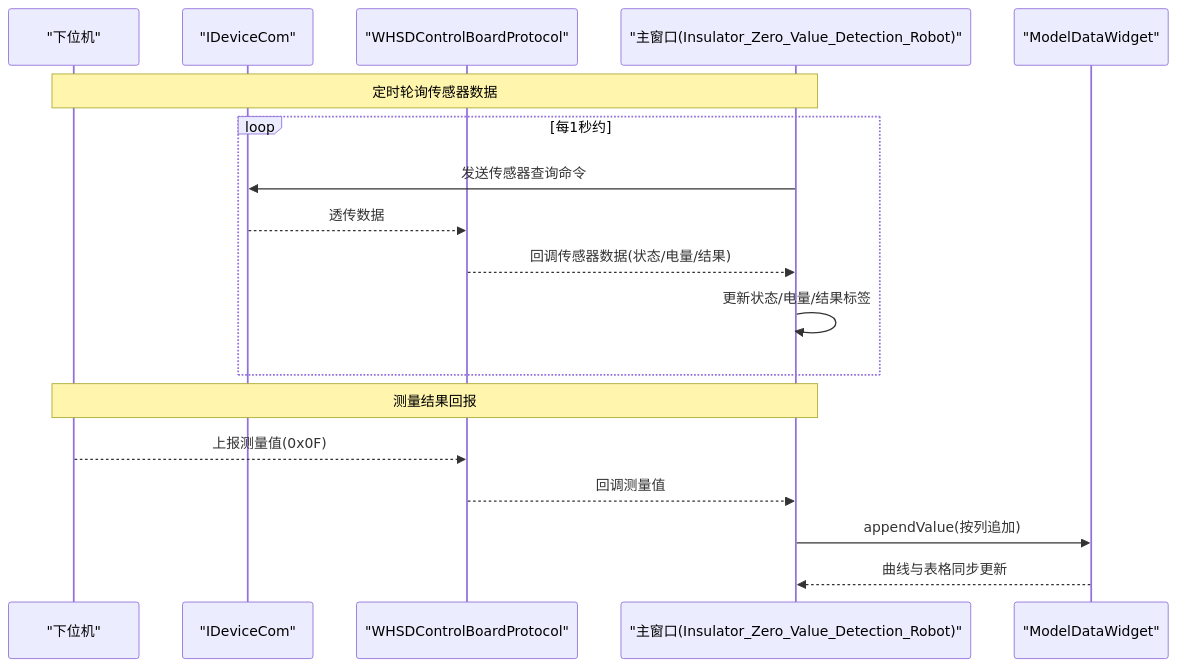
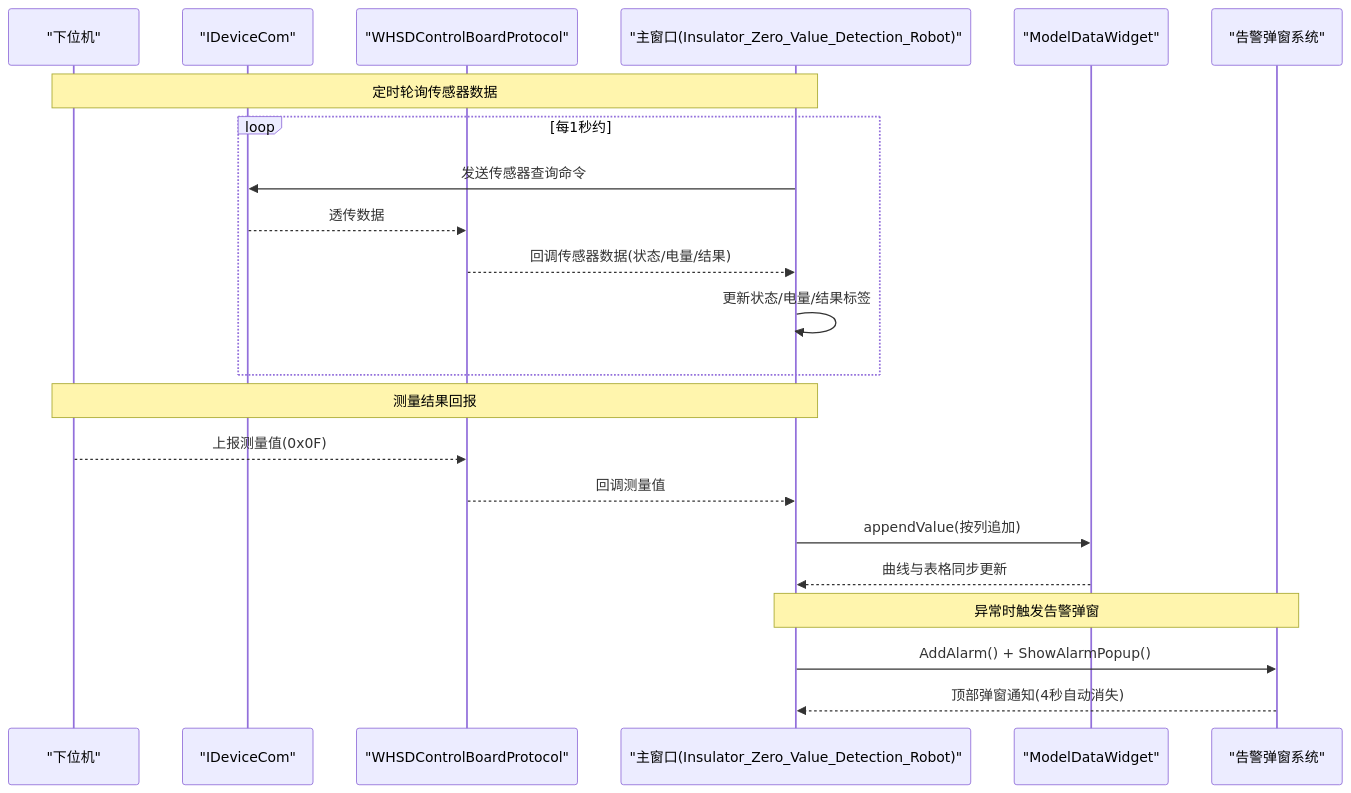
The second of 6 diagrams in .qoder/repowiki/zh/content/用户手册/实时监控面板/实时监控面板.md (yangreest/Zero-value-Insulator-Robot-V2), drawn with Mermaid before and after one commit. The commit also changed other lines of this file and 22 other files, not shown here.

````diff
--- a/.qoder/repowiki/zh/content/用户手册/实时监控面板/实时监控面板.md
+++ b/.qoder/repowiki/zh/content/用户手册/实时监控面板/实时监控面板.md
@@ -83,20 +84,24 @@
 ```mermaid
 sequenceDiagram
 participant Dev as "下位机"
 participant Com as "IDeviceCom"
 participant Proto as "WHSDControlBoardProtocol"
 participant UI as "主窗口(Insulator_Zero_Value_Detection_Robot)"
 participant Chart as "ModelDataWidget"
+participant Alarm as "告警弹窗系统"
 Note over UI,Dev : 定时轮询传感器数据
 loop 每1秒约
 UI->>Com : 发送传感器查询命令
 Com-->>Proto : 透传数据
 Proto-->>UI : 回调传感器数据(状态/电量/结果)
 UI->>UI : 更新状态/电量/结果标签
 end
 Note over UI,Dev : 测量结果回报
 Dev-->>Proto : 上报测量值(0x0F)
 Proto-->>UI : 回调测量值
 UI->>Chart : appendValue(按列追加)
 Chart-->>UI : 曲线与表格同步更新
+Note over UI,Alarm : 异常时触发告警弹窗
+UI->>Alarm : AddAlarm() + ShowAlarmPopup()
+Alarm-->>UI : 顶部弹窗通知(4秒自动消失)
 ```
````
